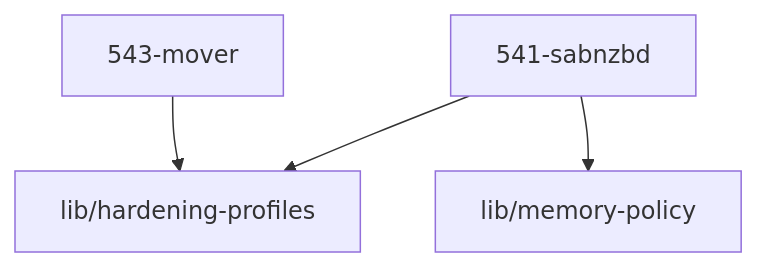
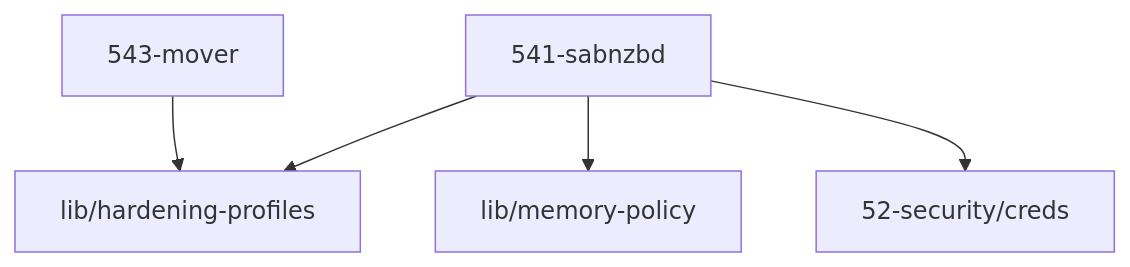
One commit to grapefruit89/mediNix-core changed the diagram in 54-transfer/AGENTS.md. Above: the diagram before and after it, drawn with Mermaid. The commit also changed other lines of this file and 29 other files, not shown here.

````diff
--- a/54-transfer/AGENTS.md
+++ b/54-transfer/AGENTS.md
@@ -51,6 +52,7 @@
 ```mermaid
 graph TD
   541_sabnzbd["541-sabnzbd"] --> hardening_profiles["lib/hardening-profiles"]
   541_sabnzbd["541-sabnzbd"] --> memory_policy["lib/memory-policy"]
+  541_sabnzbd["541-sabnzbd"] --> creds["52-security/creds"]
   543_mover["543-mover"] --> hardening_profiles["lib/hardening-profiles"]
 ```
````
